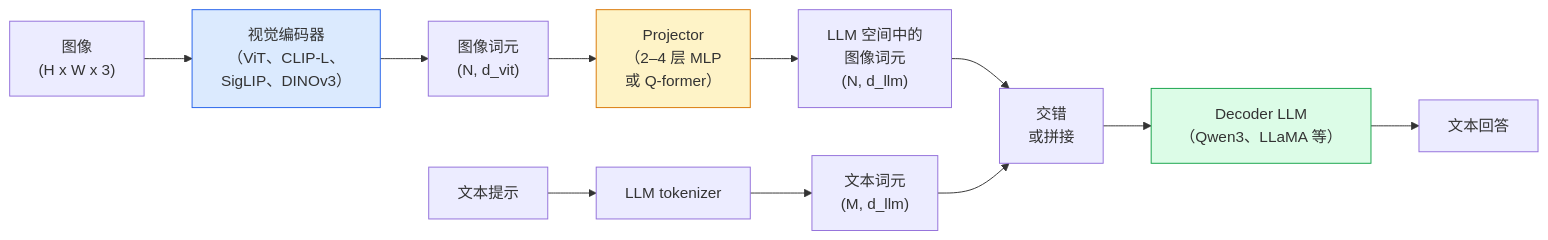
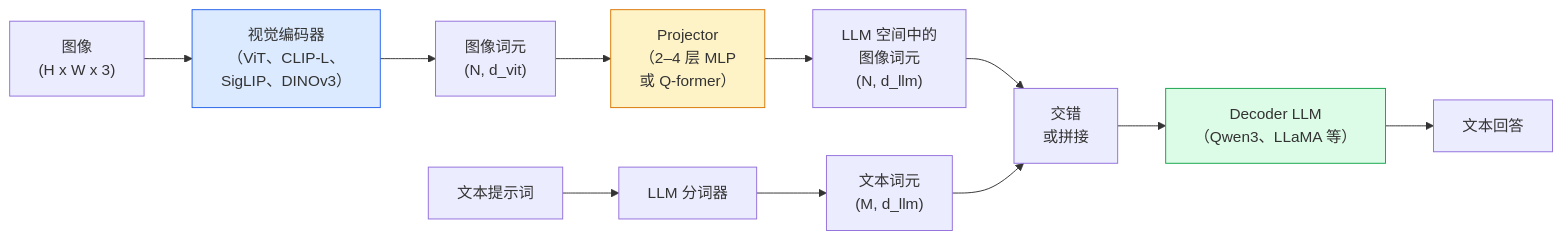
Before and after one commit to huangyue12120/Learning-Atlas: the diagram in content/translations/practice/04-computer-vision/25-vision-language-models/zh.md, drawn with Mermaid. The commit also changed other lines of this file and 718 other files, not shown here.

````diff
--- a/content/translations/practice/04-computer-vision/25-vision-language-models/zh.md
+++ b/content/translations/practice/04-computer-vision/25-vision-language-models/zh.md
@@ -40,17 +40,17 @@
 ```mermaid
 flowchart LR
     IMG["图像<br/>(H x W x 3)"] --> ViT["视觉编码器<br/>（ViT、CLIP-L、<br/>SigLIP、DINOv3）"]
     ViT --> FEATS["图像词元<br/>(N, d_vit)"]
     FEATS --> PROJ["Projector<br/>（2–4 层 MLP<br/>或 Q-former）"]
     PROJ --> VTOK["LLM 空间中的<br/>图像词元<br/>(N, d_llm)"]
-    TXT["文本提示"] --> TOK["LLM tokenizer"]
+    TXT["文本提示词"] --> TOK["LLM 分词器"]
     TOK --> TTOK["文本词元<br/>(M, d_llm)"]
     VTOK --> CONCAT["交错<br/>或拼接"]
     TTOK --> CONCAT
     CONCAT --> LLM["Decoder LLM<br/>（Qwen3、LLaMA 等）"]
     LLM --> OUT["文本回答"]
 
     style ViT fill:#dbeafe,stroke:#2563eb
     style PROJ fill:#fef3c7,stroke:#d97706
     style LLM fill:#dcfce7,stroke:#16a34a
 ```
````
